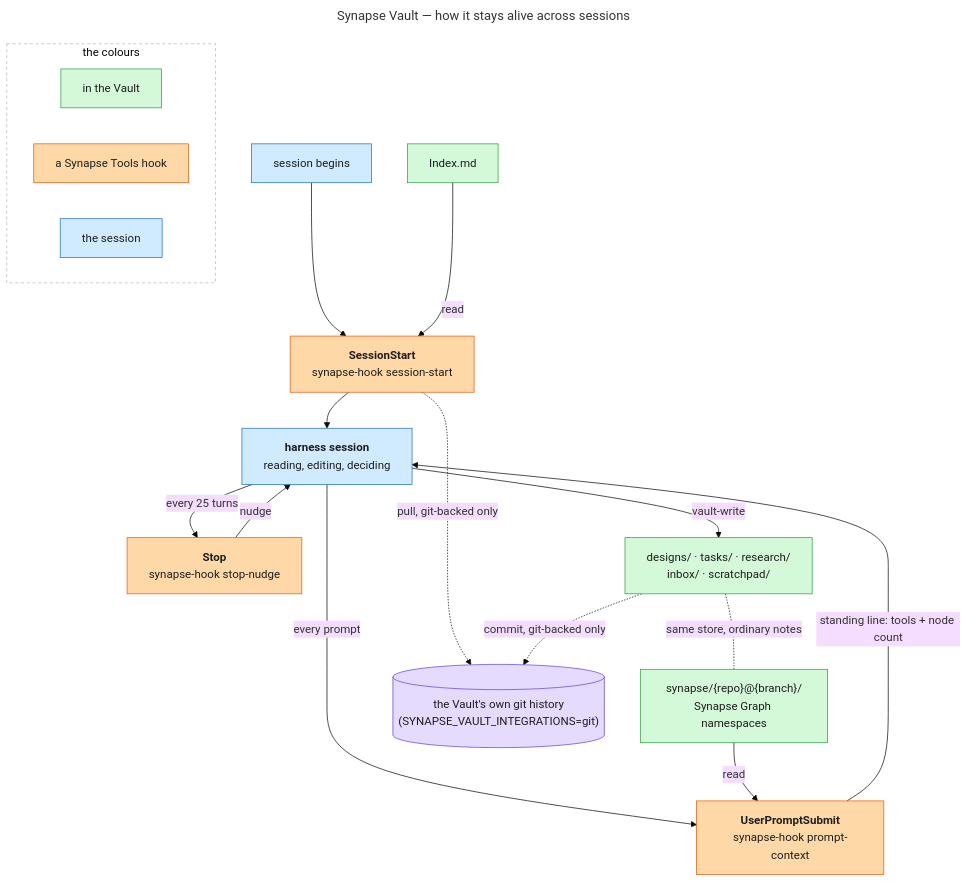
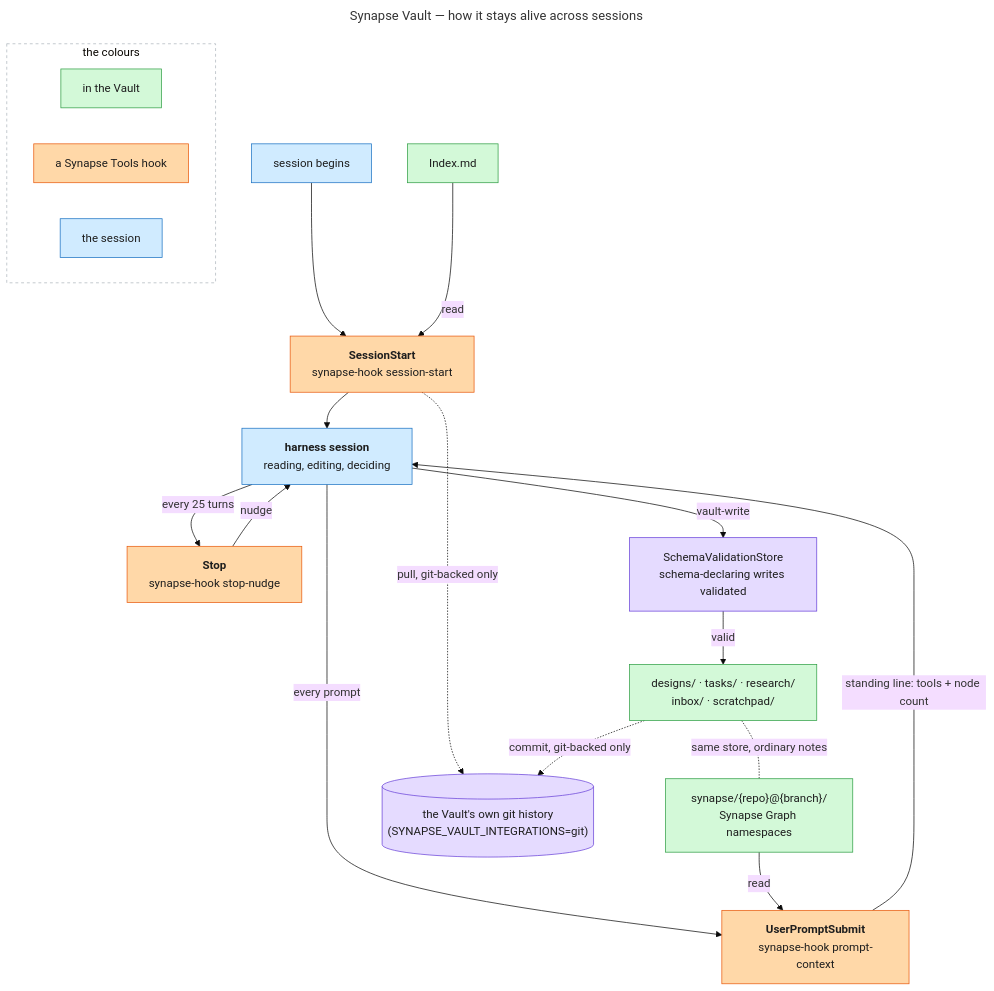
One commit to imunitic/synapse changed the diagram in docs/synapse/diagrams/synapse-vault-overview.mmd. Above: the diagram before and after it, drawn with Mermaid (base theme). The commit also changed 6 other files, not shown here.

First line of the commit message:
docs(synapse): document v1 note-schema DSL, vault-check, and validation boundary

```diff
--- a/docs/synapse/diagrams/synapse-vault-overview.mmd
+++ b/docs/synapse/diagrams/synapse-vault-overview.mmd
@@ -1,57 +1,60 @@
 ---
 title: Synapse Vault — how it stays alive across sessions
 ---
 %% Kept deliberately flat: NO subgraph for the Vault. Mermaid drew its cluster box
 %% around the hooks and the session too, which reads as "these live inside the
 %% Vault" -- false. Colour carries membership instead, and edge labels are held
 %% to two or three words. Long labels on crossing edges land on top of boxes.
 %% -- Boxes carry NAMES. What each hook actually does is in the reference table
 %% under this diagram in docs/synapse-vault.md: a rectangle holding five lines of
 %% mechanism is a paragraph in a box, unreadable at exactly the glance a diagram
 %% exists to serve.
 flowchart TB
     classDef hook fill:#ffd8a8,stroke:#e8590c,color:#1e1e1e
     classDef vault fill:#d3f9d8,stroke:#2f9e44,color:#1e1e1e
     classDef session fill:#d0ebff,stroke:#1971c2,color:#1e1e1e
     classDef store fill:#e5dbff,stroke:#6741d9,color:#1e1e1e
 
     BEGIN["session begins"]
     H1["<b>SessionStart</b><br/>synapse-hook session-start"]
     WORK["<b>harness session</b><br/>reading, editing, deciding"]
     H2["<b>Stop</b><br/>synapse-hook stop-nudge"]
     H4["<b>UserPromptSubmit</b><br/>synapse-hook prompt-context"]
 
     IDX["Index.md"]
     FOLDERS["designs/ · tasks/ · research/<br/>inbox/ · scratchpad/"]
     SYN["synapse/{repo}@{branch}/<br/>Synapse Graph namespaces"]
+    VALIDATE["SchemaValidationStore<br/>schema-declaring writes validated"]
     GIT[("the Vault's own git history<br/>(SYNAPSE_VAULT_INTEGRATIONS=git)")]
 
     BEGIN --> H1
     IDX -->|"read"| H1
     H1 --> WORK
     H1 -.->|"pull, git-backed only"| GIT
     WORK -->|"every 25 turns"| H2
     H2 -->|"nudge"| WORK
     WORK -->|"every prompt"| H4
     SYN -->|"read"| H4
     H4 -->|"standing line: tools + node count"| WORK
-    WORK -->|"vault-write"| FOLDERS
+    WORK -->|"vault-write"| VALIDATE
+    VALIDATE -->|"valid"| FOLDERS
     FOLDERS -.->|"commit, git-backed only"| GIT
 
     class H1,H2,H4 hook
     class IDX,FOLDERS,SYN vault
+    class VALIDATE store
     class BEGIN,WORK session
     class GIT store
 
     FOLDERS -.-|"same store, ordinary notes"| SYN
 
     subgraph KEY["the colours"]
         direction LR
         K1["in the Vault"]
         K2["a Synapse Tools hook"]
         K3["the session"]
     end
     class K1 vault
     class K2 hook
     class K3 session
     style KEY fill:#ffffff,stroke:#adb5bd,stroke-dasharray:4 4
```
